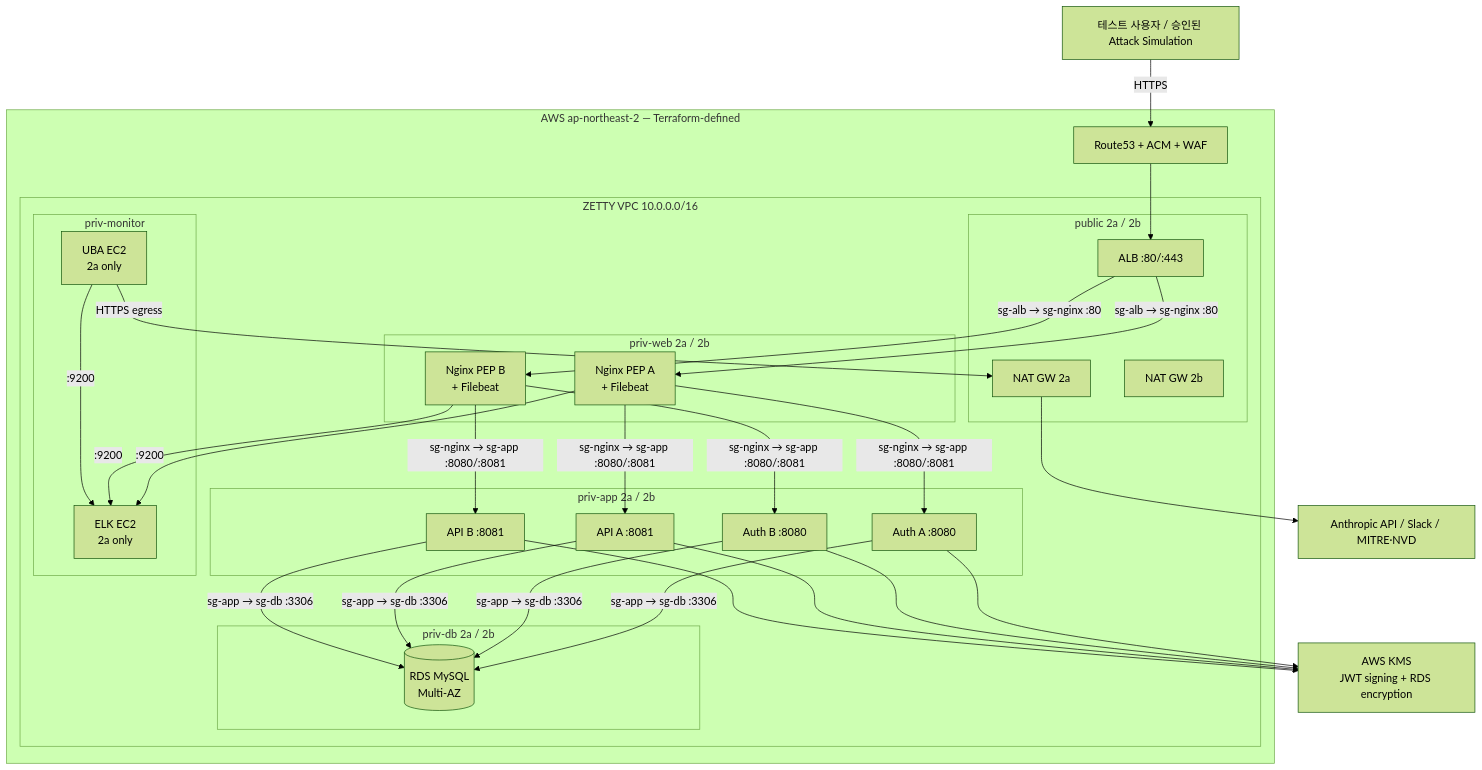
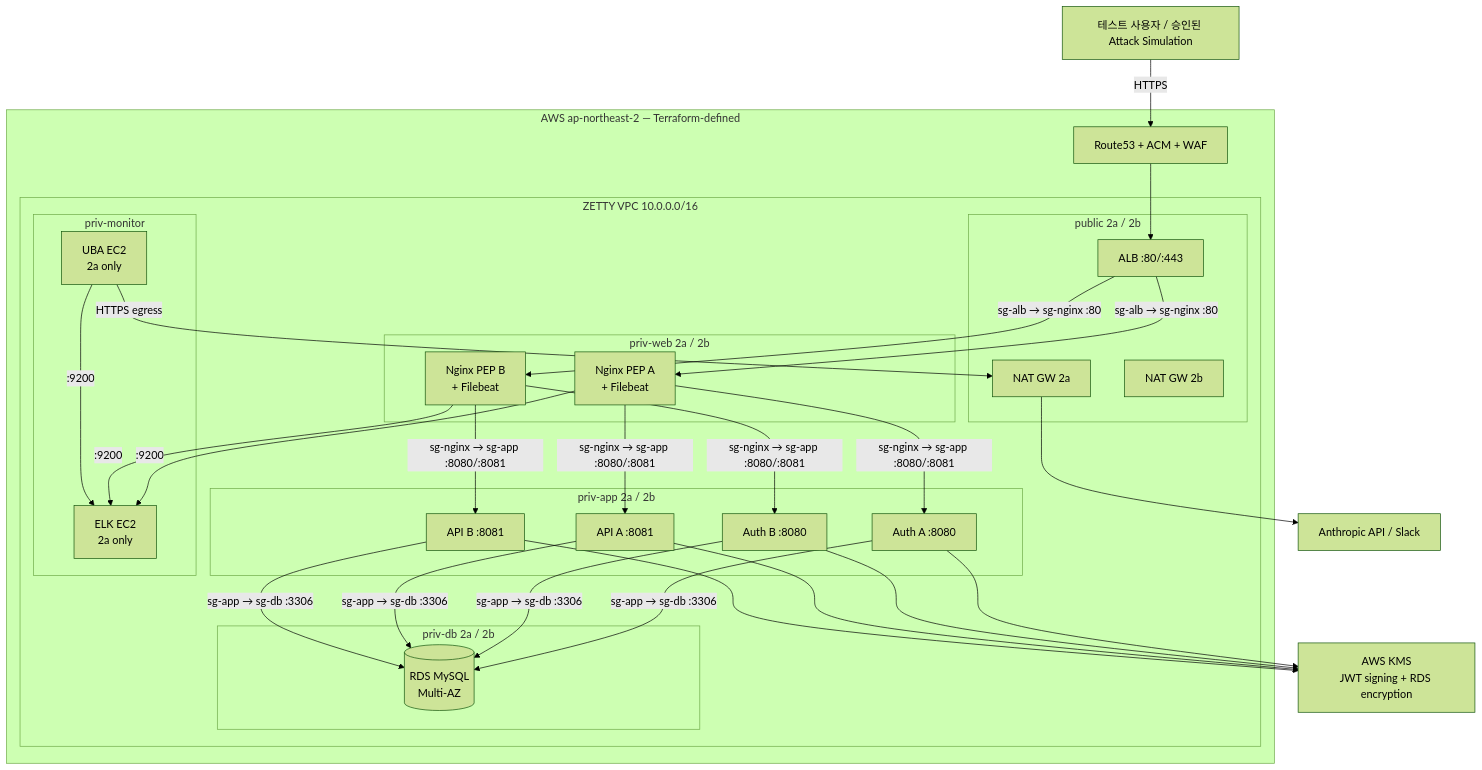
The seventh of 7 diagrams in docs/C4-as-is.md (ZETTY-ZEROTRUST/backend), drawn with Mermaid (forest theme) before and after one commit. The commit also changed other lines of this file and 4 other files, not shown here.

````diff
--- a/docs/C4-as-is.md
+++ b/docs/C4-as-is.md
@@ -312,55 +299,55 @@
 ```mermaid
 flowchart TB
     internet["테스트 사용자 / 승인된 Attack Simulation"]
-    external["Anthropic API / Slack / MITRE·NVD"]
+    external["Anthropic API / Slack"]
     kms["AWS KMS<br/>JWT signing + RDS encryption"]
 
     subgraph aws["AWS ap-northeast-2 — Terraform-defined"]
         dns["Route53 + ACM + WAF"]
         subgraph vpc["ZETTY VPC 10.0.0.0/16"]
             subgraph public["public 2a / 2b"]
                 alb["ALB :80/:443"]
                 natA["NAT GW 2a"]
                 natB["NAT GW 2b"]
             end
             subgraph web["priv-web 2a / 2b"]
                 nginxA["Nginx PEP A<br/>+ Filebeat"]
                 nginxB["Nginx PEP B<br/>+ Filebeat"]
             end
             subgraph app["priv-app 2a / 2b"]
                 authA["Auth A :8080"]
                 authB["Auth B :8080"]
                 apiA["API A :8081"]
                 apiB["API B :8081"]
             end
             subgraph dbtier["priv-db 2a / 2b"]
                 rds[("RDS MySQL<br/>Multi-AZ")]
             end
             subgraph monitor["priv-monitor"]
                 elk["ELK EC2<br/>2a only"]
                 uba["UBA EC2<br/>2a only"]
             end
         end
     end
 
     internet -->|HTTPS| dns --> alb
     alb -->|sg-alb → sg-nginx :80| nginxA
     alb -->|sg-alb → sg-nginx :80| nginxB
     nginxA -->|sg-nginx → sg-app :8080/:8081| authA
     nginxA -->|sg-nginx → sg-app :8080/:8081| apiA
     nginxB -->|sg-nginx → sg-app :8080/:8081| authB
     nginxB -->|sg-nginx → sg-app :8080/:8081| apiB
     authA -->|sg-app → sg-db :3306| rds
     authB -->|sg-app → sg-db :3306| rds
     apiA -->|sg-app → sg-db :3306| rds
     apiB -->|sg-app → sg-db :3306| rds
     nginxA -->|:9200| elk
     nginxB -->|:9200| elk
     uba -->|:9200| elk
     authA --> kms
     authB --> kms
     apiA --> kms
     apiB --> kms
     uba -->|HTTPS egress| natA
     natA --> external
 ```
````
